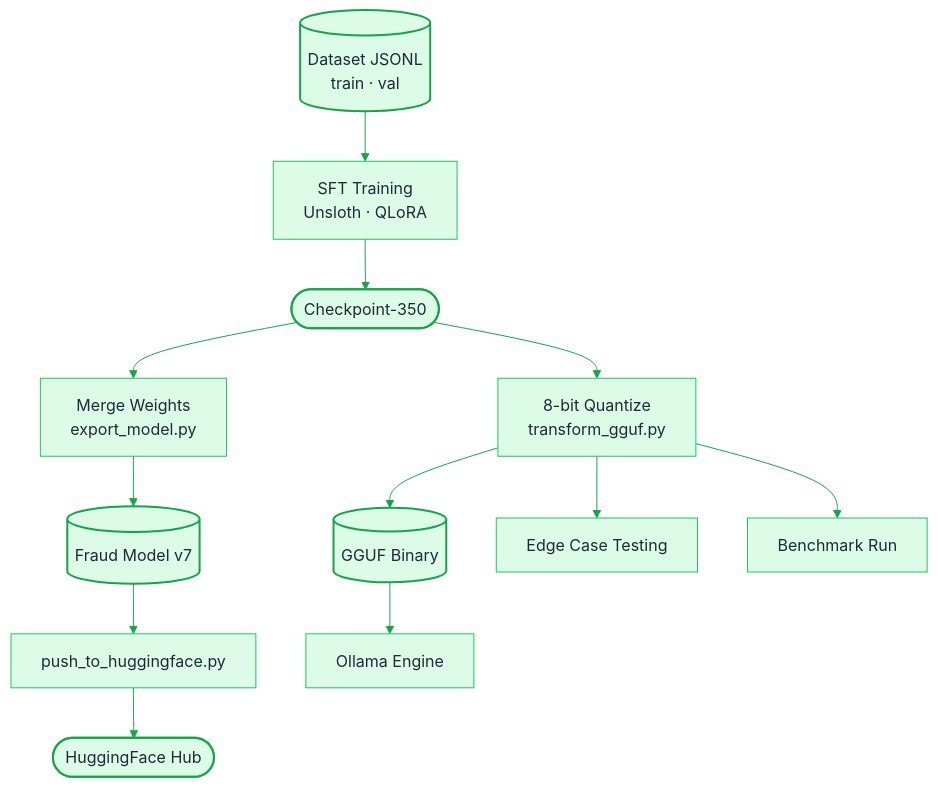
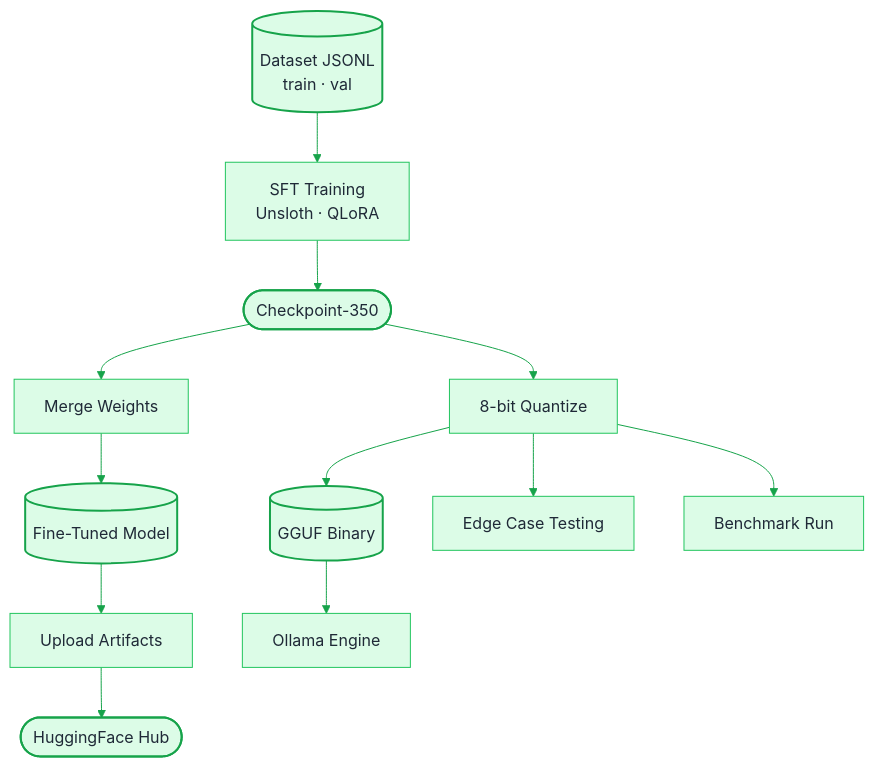
The second of 5 diagrams in README.md (MaxwellMensah/MaxwellMensah), drawn with Mermaid before and after one commit.

````diff
--- a/README.md
+++ b/README.md
@@ -96,28 +96,28 @@
 ```mermaid
 %%{init: {
   'theme': 'base',
   'themeVariables': {
     'primaryColor': '#dcfce7',
     'primaryTextColor': '#1f2937',
     'primaryBorderColor': '#22c55e',
     'lineColor': '#16a34a',
     'secondaryColor': '#bbf7d0',
     'tertiaryColor': '#ffffff'
   }
 }}%%
 graph TD
     D1[(Dataset JSONL <br/> train · val)] --> D2[SFT Training <br/> Unsloth · QLoRA]
     D2 --> D3([Checkpoint-350])
-    D3 --> D4[Merge Weights <br/> export_model.py]
-    D3 --> D5[8-bit Quantize <br/> transform_gguf.py]
-    D4 --> D6[(Fraud Model v7)] --> D7[push_to_huggingface.py] --> D8([HuggingFace Hub])
+    D3 --> D4[Merge Weights]
+    D3 --> D5[8-bit Quantize]
+    D4 --> D6[(Fine-Tuned Model)] --> D7[Upload Artifacts] --> D8([HuggingFace Hub])
     D5 --> D9[(GGUF Binary)] --> D10[Ollama Engine]
     D5 --> D11[Edge Case Testing]
     D5 --> D12[Benchmark Run]
 
     style D1 fill:#dcfce7,stroke:#16a34a,stroke-width:2px,color:#1f2937
     style D3 fill:#dcfce7,stroke:#16a34a,stroke-width:2px,color:#1f2937
     style D6 fill:#dcfce7,stroke:#16a34a,stroke-width:2px,color:#1f2937
     style D8 fill:#dcfce7,stroke:#16a34a,stroke-width:2px,color:#1f2937
     style D9 fill:#dcfce7,stroke:#16a34a,stroke-width:2px,color:#1f2937
 ```
````
